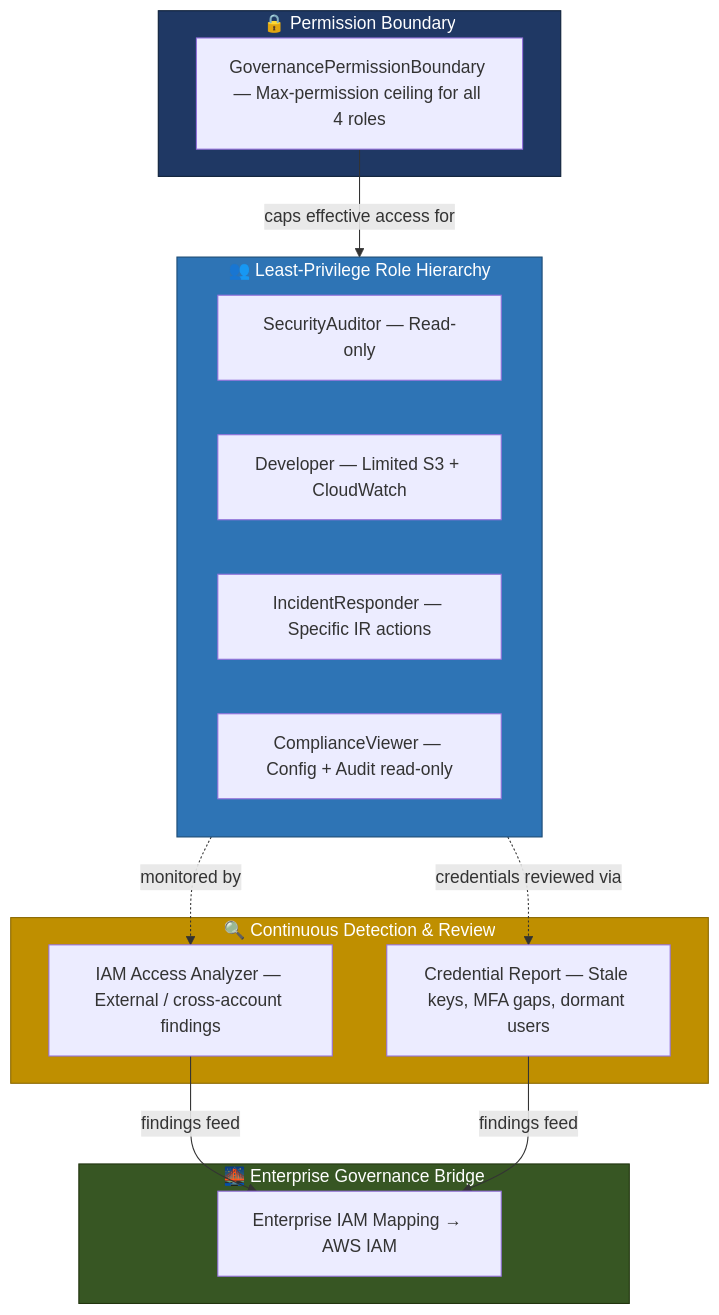
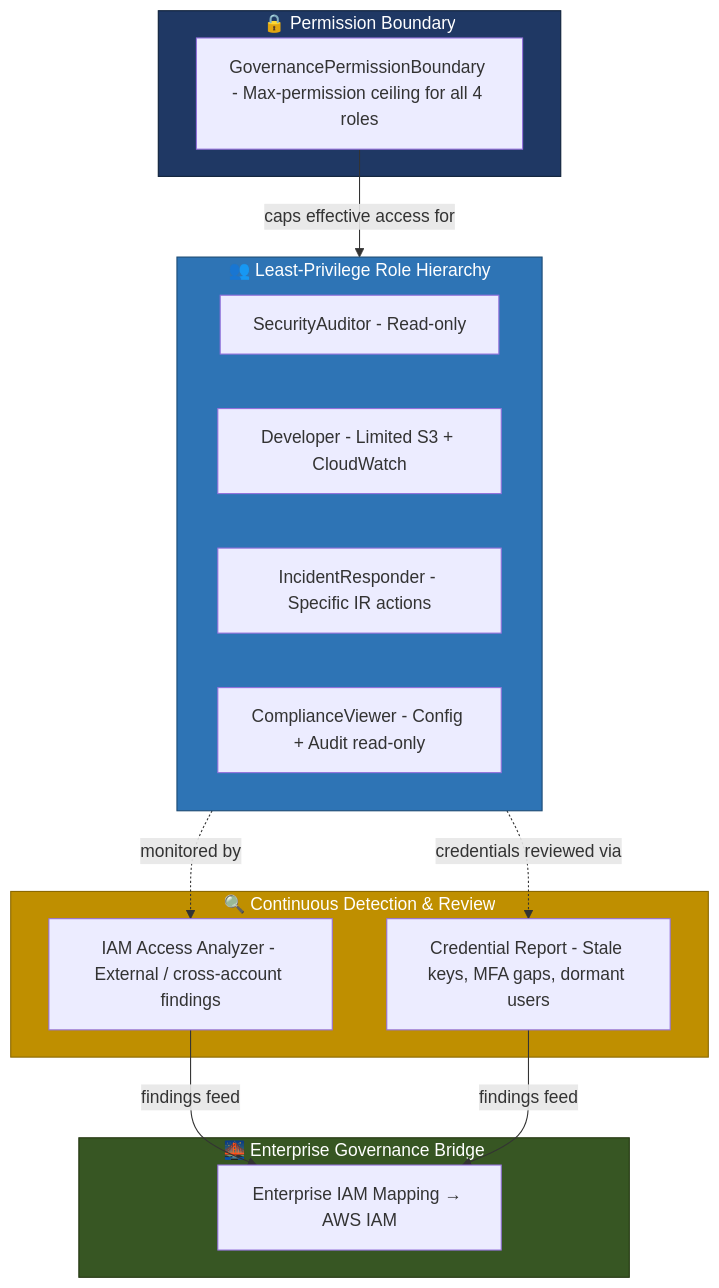
The diagram in 03-iam-governance/README.md (arunkumar-cloudgrc/aws-security-governance-portfolio), drawn with Mermaid before and after one commit.

Commit message:
Updated README File

````diff
--- a/03-iam-governance/README.md
+++ b/03-iam-governance/README.md
@@ -49,33 +49,33 @@
 ```mermaid
 flowchart TB
     subgraph BOUNDARY["🔒 Permission Boundary"]
-        PB["GovernancePermissionBoundary — Max-permission ceiling for all 4 roles"]
+        PB["GovernancePermissionBoundary - Max-permission ceiling for all 4 roles"]
     end
 
     subgraph ROLES["👥 Least-Privilege Role Hierarchy"]
-        SA["SecurityAuditor — Read-only"]
-        DEV["Developer — Limited S3 + CloudWatch"]
-        IR["IncidentResponder — Specific IR actions"]
-        CV["ComplianceViewer — Config + Audit read-only"]
+        SA["SecurityAuditor - Read-only"]
+        DEV["Developer - Limited S3 + CloudWatch"]
+        IR["IncidentResponder - Specific IR actions"]
+        CV["ComplianceViewer - Config + Audit read-only"]
     end
 
     subgraph DETECT["🔍 Continuous Detection & Review"]
-        AA["IAM Access Analyzer — External / cross-account findings"]
-        CR["Credential Report — Stale keys, MFA gaps, dormant users"]
+        AA["IAM Access Analyzer - External / cross-account findings"]
+        CR["Credential Report - Stale keys, MFA gaps, dormant users"]
     end
 
     subgraph BRIDGE["🌉 Enterprise Governance Bridge"]
         EM["Enterprise IAM Mapping → AWS IAM"]
     end
 
     PB -->|caps effective access for| ROLES
     ROLES -.->|monitored by| AA
     ROLES -.->|credentials reviewed via| CR
     AA -->|findings feed| EM
     CR -->|findings feed| EM
 
     style BOUNDARY fill:#1F3864,color:#ffffff,stroke:#0d1f38
     style ROLES fill:#2E74B5,color:#ffffff,stroke:#1c4a73
     style DETECT fill:#BF8F00,color:#ffffff,stroke:#8a6800
     style BRIDGE fill:#375623,color:#ffffff,stroke:#22350f
 ```
````
